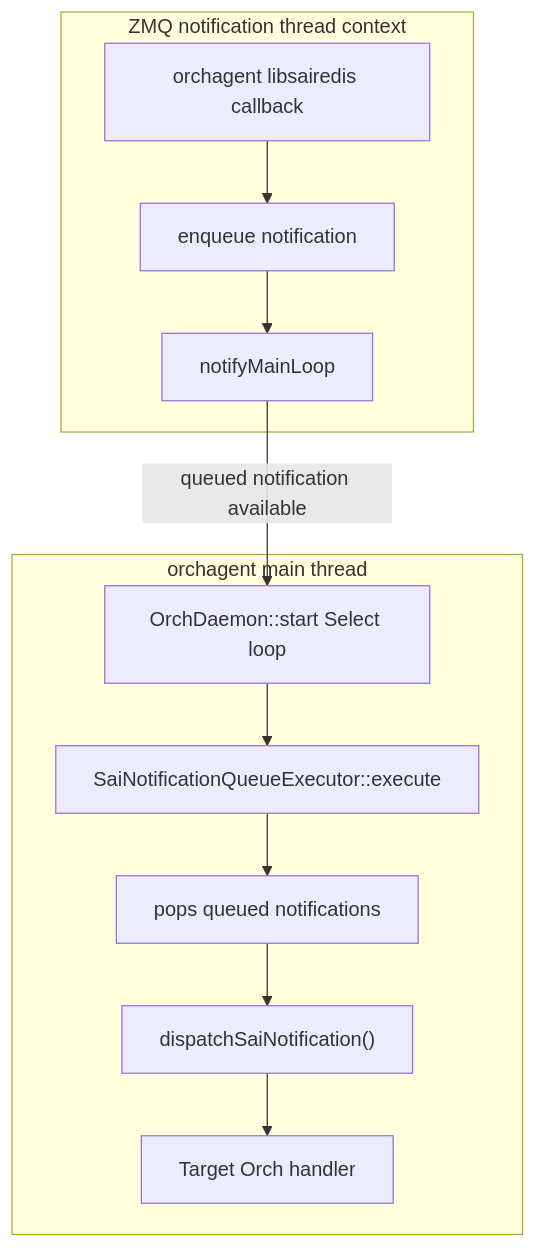
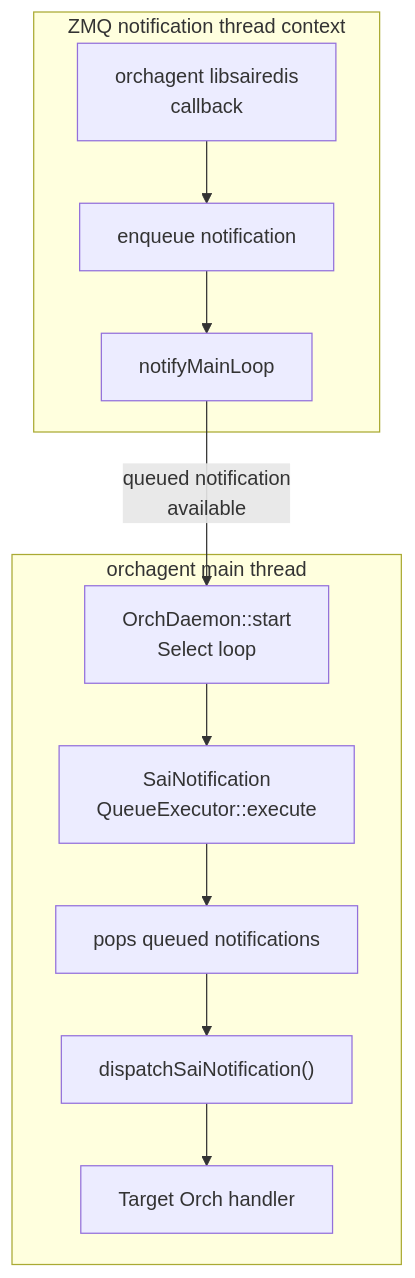
The ninth of 11 diagrams in hld/zmq-southbound-sai-notification-handling.md (sonic-net/sonic-buildimage), drawn with Mermaid before and after one commit. The commit also changed other lines of this file, not shown here.

Commit message:
Improve HLD Mermaid diagram rendering

````diff
--- a/hld/zmq-southbound-sai-notification-handling.md
+++ b/hld/zmq-southbound-sai-notification-handling.md
@@ -604,24 +604,24 @@
 ```mermaid
 flowchart TD
     subgraph zmqThreadContext["ZMQ notification thread context"]
-        saiCallback["orchagent libsairedis callback"]
+        saiCallback["orchagent libsairedis<br/>callback"]
         enqueue["enqueue notification"]
         notifyMainLoop["notifyMainLoop"]
     end
 
     subgraph orchMainThread["orchagent main thread"]
-        selectLoop["OrchDaemon::start Select loop"]
-        queueExecutor["SaiNotificationQueueExecutor::execute"]
+        selectLoop["OrchDaemon::start<br/>Select loop"]
+        queueExecutor["SaiNotification<br/>QueueExecutor::execute"]
         queueDrain["pops queued notifications"]
         dispatcher["dispatchSaiNotification()"]
         orchHandler["Target Orch handler"]
     end
 
     saiCallback --> enqueue
     enqueue --> notifyMainLoop
-    notifyMainLoop -->|"queued notification available"| selectLoop
+    notifyMainLoop -->|"queued notification<br/>available"| selectLoop
     selectLoop --> queueExecutor
     queueExecutor --> queueDrain
     queueDrain --> dispatcher
     dispatcher --> orchHandler
 ```
````
